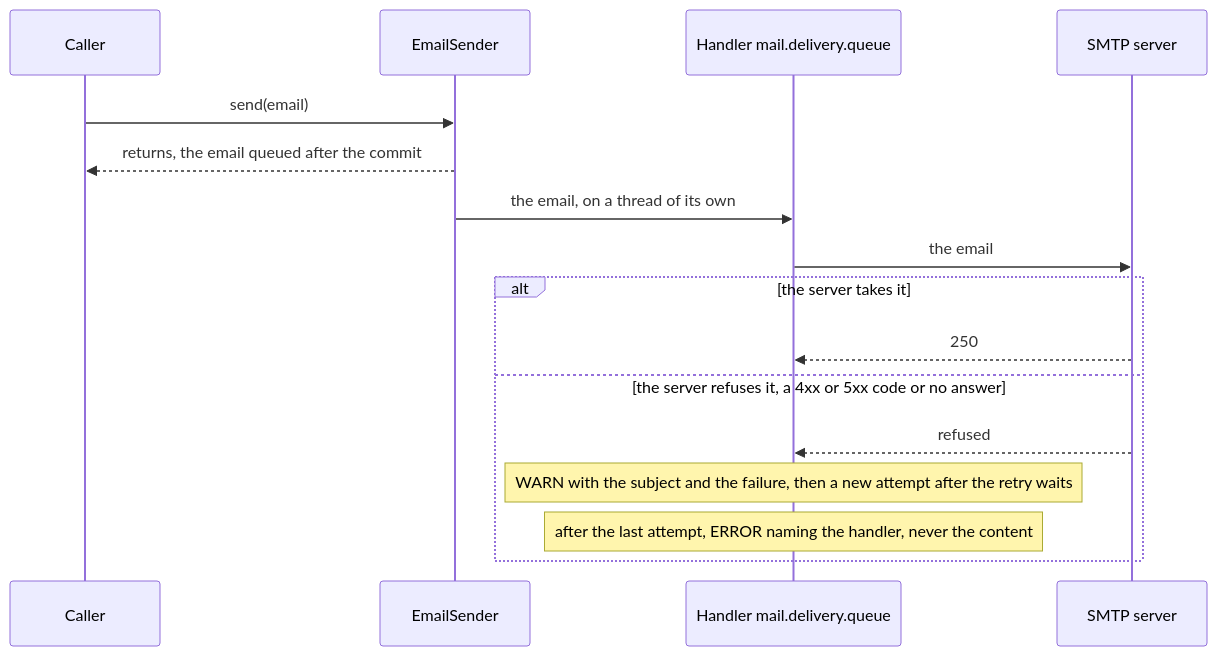
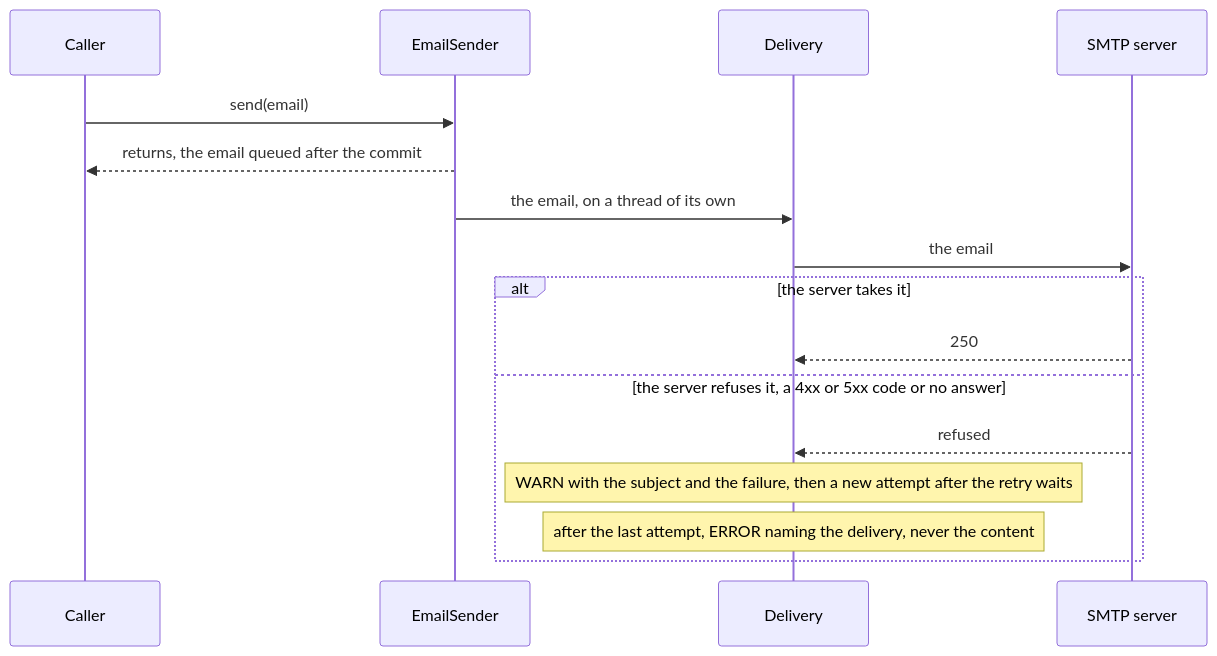
Before and after one commit to mboisnard/drinkit: the second of 2 diagrams in tech-starters/backend/mail-starter/README.md, drawn with Mermaid. The commit also changed other lines of this file and 19 other files, not shown here.

````diff
--- a/tech-starters/backend/mail-starter/README.md
+++ b/tech-starters/backend/mail-starter/README.md
@@ -53,18 +25,18 @@
 ```mermaid
 sequenceDiagram
     participant Caller
     participant EmailSender
-    participant Delivery as Handler mail.delivery.queue
+    participant Delivery
     participant Smtp as SMTP server
     Caller->>EmailSender: send(email)
     EmailSender-->>Caller: returns, the email queued after the commit
     EmailSender->>Delivery: the email, on a thread of its own
     Delivery->>Smtp: the email
     alt the server takes it
         Smtp-->>Delivery: 250
     else the server refuses it, a 4xx or 5xx code or no answer
         Smtp-->>Delivery: refused
         Note over Delivery: WARN with the subject and the failure, then a new attempt after the retry waits
-        Note over Delivery: after the last attempt, ERROR naming the handler, never the content
+        Note over Delivery: after the last attempt, ERROR naming the delivery, never the content
     end
 ```
````
